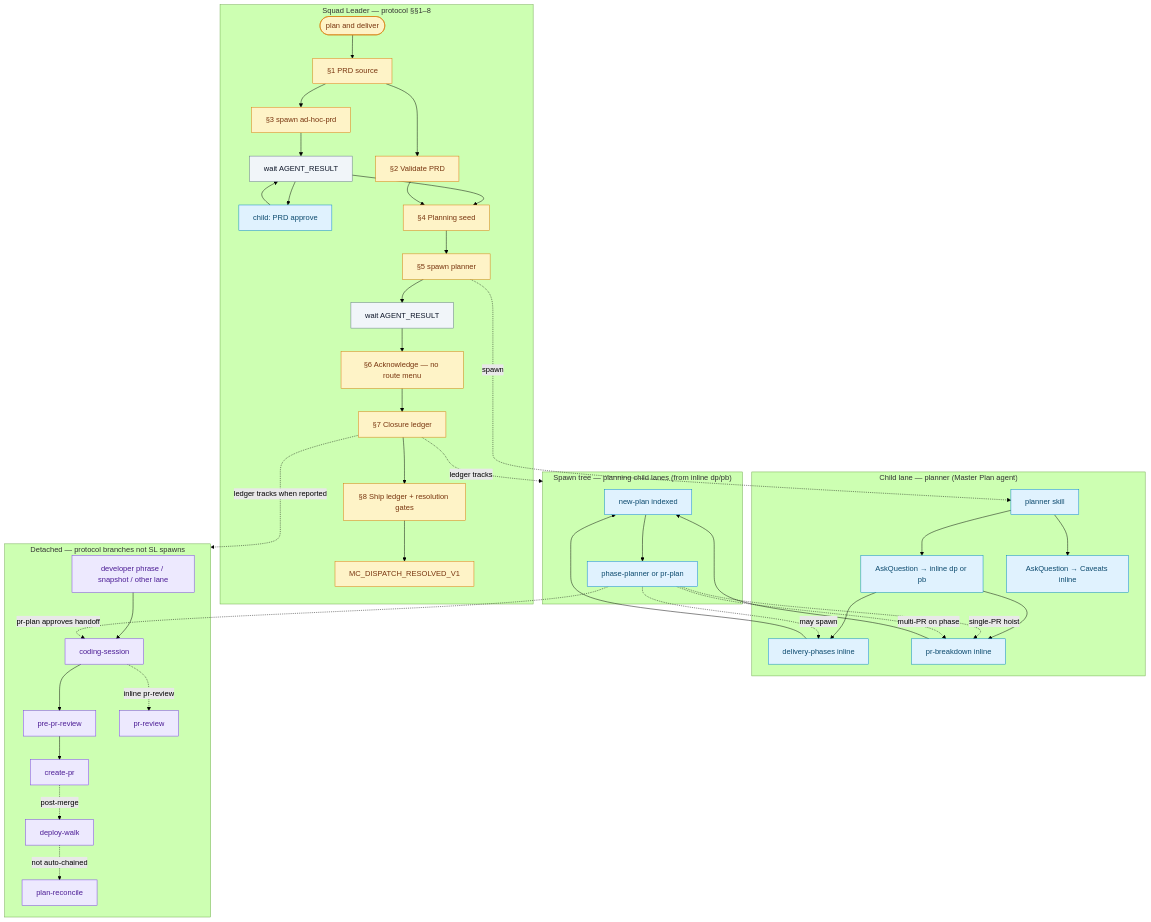
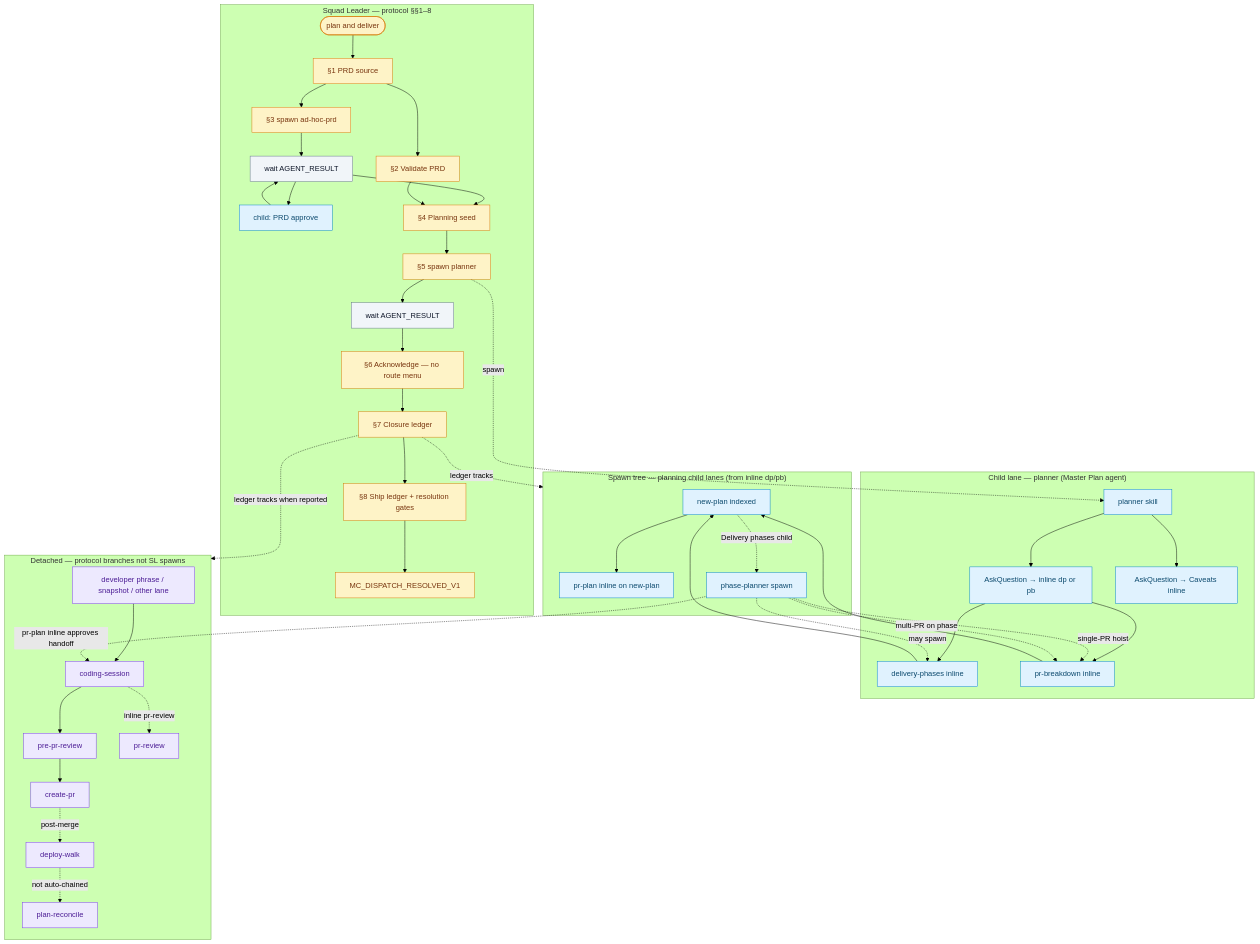
One commit to sedea-centers/research-and-development changed the second of 3 diagrams in missions/plan-and-deliver/plan.mdc. Above: the diagram before and after it, drawn with Mermaid (forest theme). The commit also changed other lines of this file and 5 other files, not shown here.

First line of the commit message:
Run pr-plan inline on the new-plan lane instead of spawning a populator.

````diff
--- a/missions/plan-and-deliver/plan.mdc
+++ b/missions/plan-and-deliver/plan.mdc
@@ -79,68 +79,70 @@
 ```mermaid
 flowchart TB
   classDef leader fill:#fef3c7,stroke:#d97706,color:#78350f
   classDef child fill:#e0f2fe,stroke:#0284c7,color:#0c4a6e
   classDef wait fill:#f1f5f9,stroke:#64748b,color:#0f172a
   classDef detached fill:#ede9fe,stroke:#7c3aed,color:#4c1d95
 
   subgraph sl["Squad Leader — protocol §§1–8"]
     CMD(["plan and deliver"]):::leader
     CMD --> S1["§1 PRD source"]:::leader
     S1 --> S2["§2 Validate PRD"]:::leader
     S1 --> S3["§3 spawn ad-hoc-prd"]:::leader
     S3 --> S3W["wait AGENT_RESULT"]:::wait
     S3W --> S3A["child: PRD approve"]:::child
     S3A --> S3W
     S3W --> S4["§4 Planning seed"]:::leader
     S2 --> S4
     S4 --> S5["§5 spawn planner"]:::leader
     S5 --> S5W["wait AGENT_RESULT"]:::wait
     S5W --> S6["§6 Acknowledge — no route menu"]:::leader
     S6 --> S7["§7 Closure ledger"]:::leader
     S7 --> S8["§8 Ship ledger + resolution gates"]:::leader
     S8 --> RES["MC_DISPATCH_RESOLVED_V1"]:::leader
   end
 
   subgraph mpLane["Child lane — planner (Master Plan agent)"]
     MP["planner skill"]:::child
     MP --> M6["AskQuestion → inline dp or pb"]:::child
     MP --> M7["AskQuestion → Caveats inline"]:::child
     DP["delivery-phases inline"]:::child
     PB["pr-breakdown inline"]:::child
     M6 --> DP
     M6 --> PB
   end
 
   S5 -.->|spawn| MP
 
   subgraph planTree["Spawn tree — planning child lanes (from inline dp/pb)"]
     NP["new-plan indexed"]:::child
-    POP["phase-planner or pr-plan"]:::child
+    PP["pr-plan inline on new-plan"]:::child
+    POP["phase-planner spawn"]:::child
     DP --> NP
     PB --> NP
-    NP --> POP
+    NP --> PP
+    NP -.->|Delivery phases child| POP
     POP -.->|may spawn| DP
     POP -.->|single-PR hoist| PB
     POP -.->|multi-PR on phase| PB
   end
 
   subgraph impl["Detached — protocol branches not SL spawns"]
     NOTE["developer phrase / snapshot / other lane"]:::detached
     CS["coding-session"]:::detached
     PPR["pre-pr-review"]:::detached
     CPR["create-pr"]:::detached
     PRV["pr-review"]:::detached
     DW["deploy-walk"]:::detached
     REC["plan-reconcile"]:::detached
     NOTE --> CS
-    POP -.->|pr-plan approves handoff| CS
+    POP -.->|pr-plan inline approves handoff| CS
     CS --> PPR
     PPR --> CPR
     CS -.->|inline pr-review| PRV
     CPR -.->|post-merge| DW
     DW -.->|not auto-chained| REC
   end
 
   S7 -.->|ledger tracks| planTree
   S7 -.->|ledger tracks when reported| impl
 ```
````
